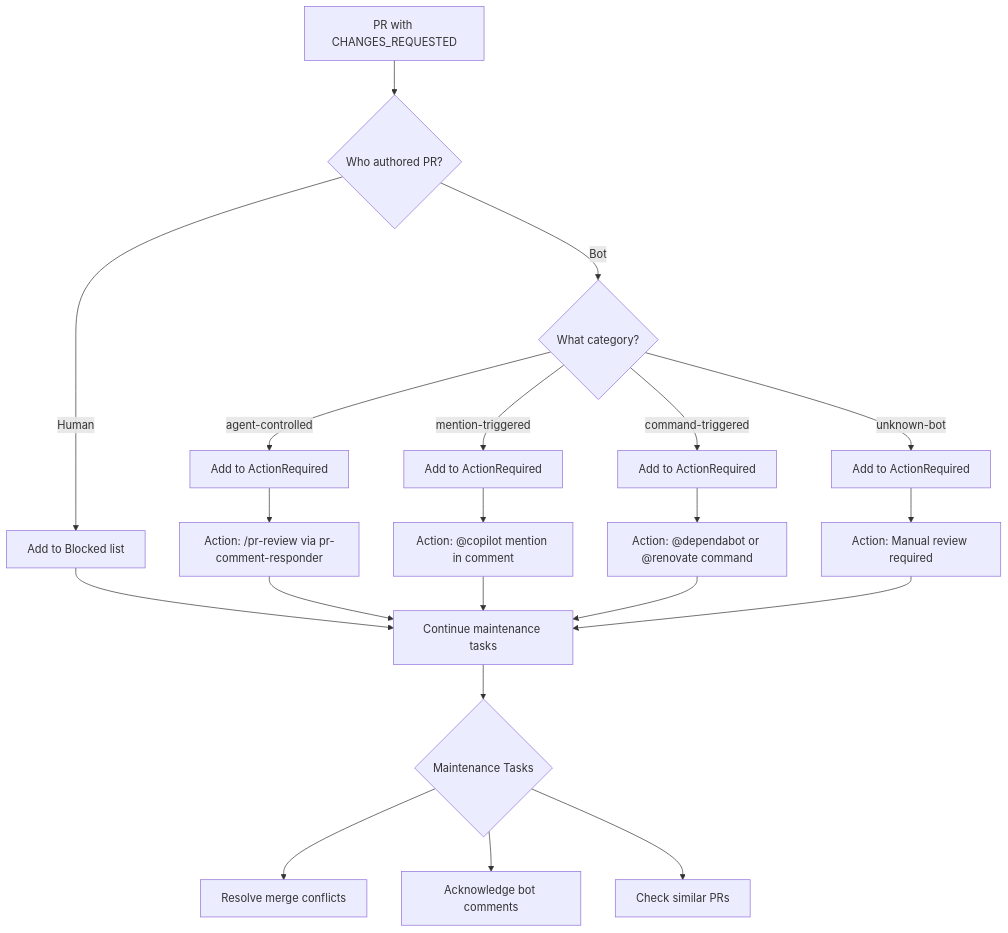
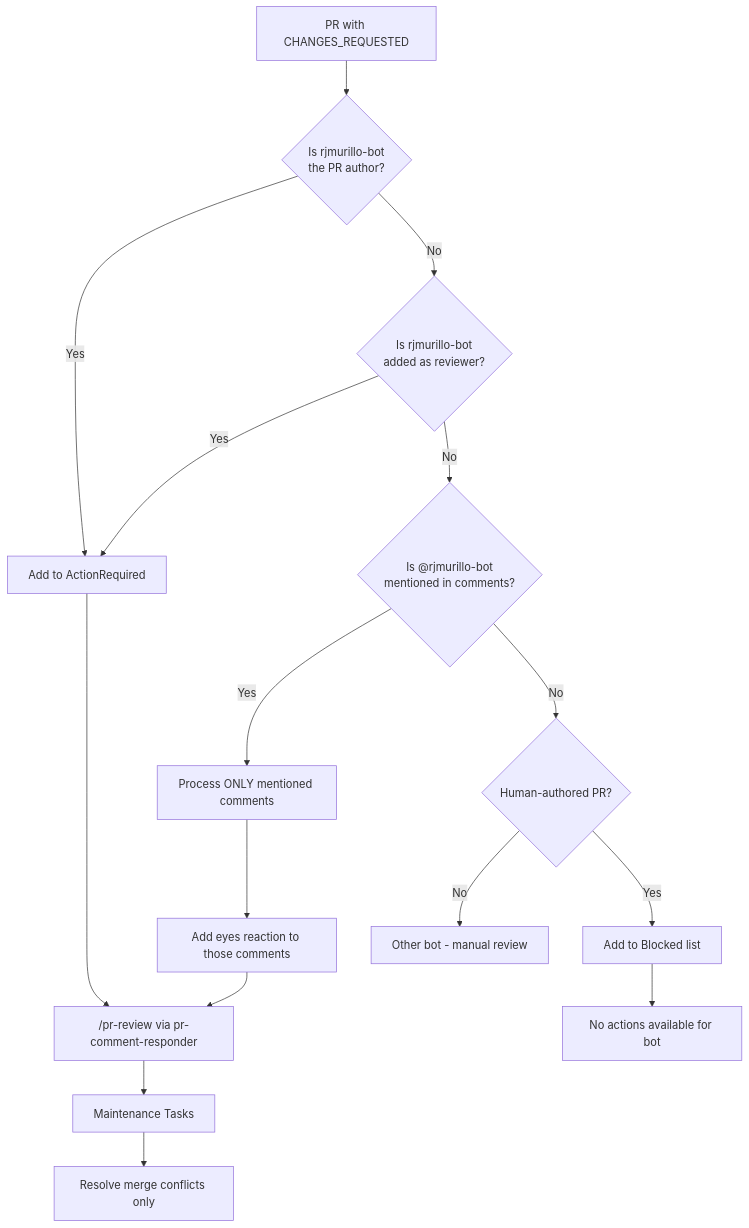
One commit to rjmurillo/ai-agents changed the first of 2 diagrams in .agents/architecture/bot-author-feedback-protocol.md. Above: the diagram before and after it, drawn with Mermaid. The commit also changed other lines of this file and 1 other file, not shown here.

First line of the commit message:
docs: correct bot author feedback protocol decision flow

````diff
--- a/.agents/architecture/bot-author-feedback-protocol.md
+++ b/.agents/architecture/bot-author-feedback-protocol.md
@@ -9,31 +16,27 @@
 ```mermaid
 flowchart TD
-    A[PR with CHANGES_REQUESTED] --> B{Who authored PR?}
+    A[PR with CHANGES_REQUESTED] --> B{Is rjmurillo-bot<br/>the PR author?}
 
-    B -->|Human| C[Add to Blocked list]
-    C --> D[Continue maintenance tasks]
+    B -->|Yes| C[Add to ActionRequired]
+    C --> D["/pr-review via pr-comment-responder"]
 
-    B -->|Bot| E{What category?}
+    B -->|No| E{Is rjmurillo-bot<br/>added as reviewer?}
 
-    E -->|agent-controlled| F[Add to ActionRequired]
-    F --> G["Action: /pr-review via pr-comment-responder"]
+    E -->|Yes| C
 
-    E -->|mention-triggered| H[Add to ActionRequired]
-    H --> I["Action: @copilot mention in comment"]
+    E -->|No| F{Is @rjmurillo-bot<br/>mentioned in comments?}
 
-    E -->|command-triggered| J[Add to ActionRequired]
-    J --> K["Action: @dependabot or @renovate command"]
+    F -->|Yes| G[Process ONLY mentioned comments]
+    G --> H[Add eyes reaction to those comments]
+    H --> D
 
-    E -->|unknown-bot| L[Add to ActionRequired]
-    L --> M["Action: Manual review required"]
+    F -->|No| I{Human-authored PR?}
 
-    G --> D
-    I --> D
-    K --> D
-    M --> D
+    I -->|Yes| J[Add to Blocked list]
+    J --> K[No actions available for bot]
 
-    D --> N{Maintenance Tasks}
-    N --> O[Resolve merge conflicts]
-    N --> P[Acknowledge bot comments]
-    N --> Q[Check similar PRs]
+    I -->|No| L[Other bot - manual review]
+
+    D --> M[Maintenance Tasks]
+    M --> N[Resolve merge conflicts only]
 ```
````
